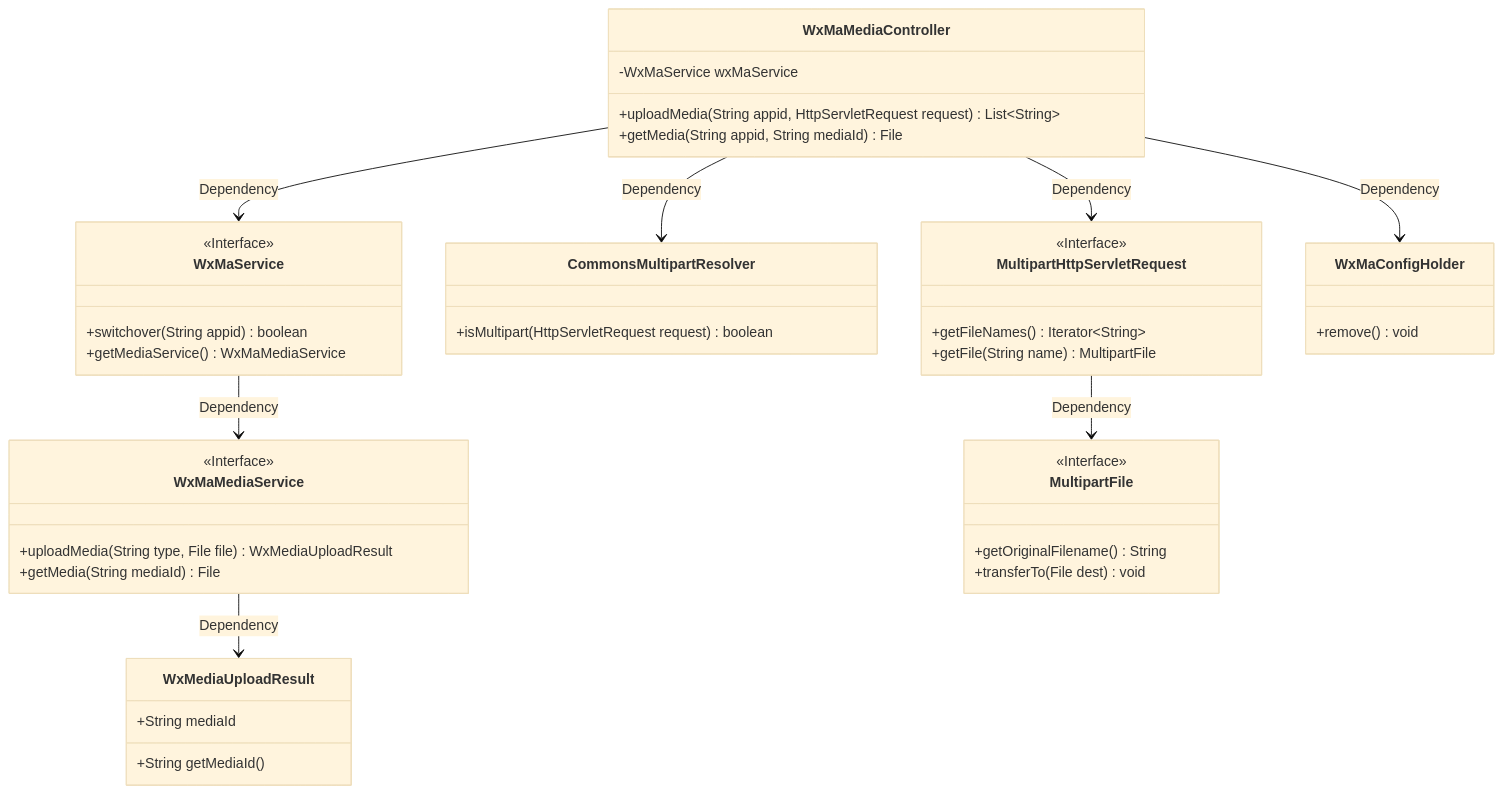
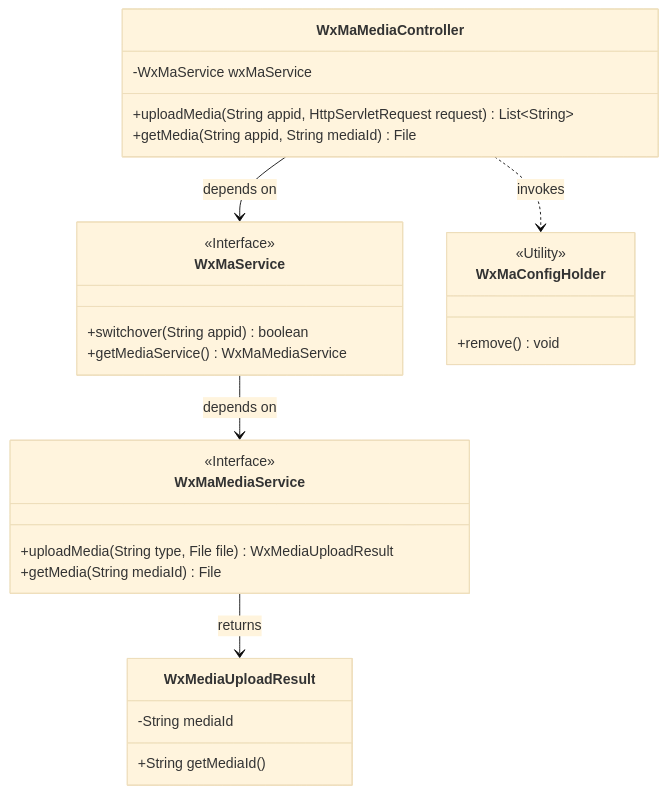
One commit to v-wjrong/rongwj666_weixin-java-miniapp-demo changed the first of 2 diagrams in docs/en/docs/src/main/java/com/github/binarywang/demo/wx/miniapp/controller/WxMaMediaController.md. Above: the diagram before and after it, drawn with Mermaid (base theme). The commit also changed other lines of this file and 49 other files, not shown here.

````diff
--- a/docs/en/docs/src/main/java/com/github/binarywang/demo/wx/miniapp/controller/WxMaMediaController.md
+++ b/docs/en/docs/src/main/java/com/github/binarywang/demo/wx/miniapp/controller/WxMaMediaController.md
@@ -36,53 +36,35 @@
 ```mermaid
 classDiagram
     class WxMaMediaController {
         -WxMaService wxMaService
         +uploadMedia(String appid, HttpServletRequest request) List~String~
         +getMedia(String appid, String mediaId) File
     }
 
     class WxMaService {
         <<Interface>>
         +switchover(String appid) boolean
         +getMediaService() WxMaMediaService
     }
 
     class WxMaMediaService {
         <<Interface>>
         +uploadMedia(String type, File file) WxMediaUploadResult
         +getMedia(String mediaId) File
     }
 
     class WxMediaUploadResult {
-        +String mediaId
+        -String mediaId
         +String getMediaId()
     }
 
-    class CommonsMultipartResolver {
-        +isMultipart(HttpServletRequest request) boolean
-    }
-
-    class MultipartHttpServletRequest {
-        <<Interface>>
-        +getFileNames() Iterator~String~
-        +getFile(String name) MultipartFile
-    }
-
-    class MultipartFile {
-        <<Interface>>
-        +getOriginalFilename() String
-        +transferTo(File dest) void
-    }
-
     class WxMaConfigHolder {
+        <<Utility>>
         +remove() void
     }
 
-    WxMaMediaController --> WxMaService : Dependency
-    WxMaMediaController --> CommonsMultipartResolver : Dependency
-    WxMaMediaController --> MultipartHttpServletRequest : Dependency
-    WxMaMediaController --> WxMaConfigHolder : Dependency
-    WxMaService --> WxMaMediaService : Dependency
-    WxMaMediaService --> WxMediaUploadResult : Dependency
-    MultipartHttpServletRequest --> MultipartFile : Dependency
+    WxMaMediaController --> WxMaService : depends on
+    WxMaService --> WxMaMediaService : depends on
+    WxMaMediaService --> WxMediaUploadResult : returns
+    WxMaMediaController ..> WxMaConfigHolder : invokes
 ```
````
